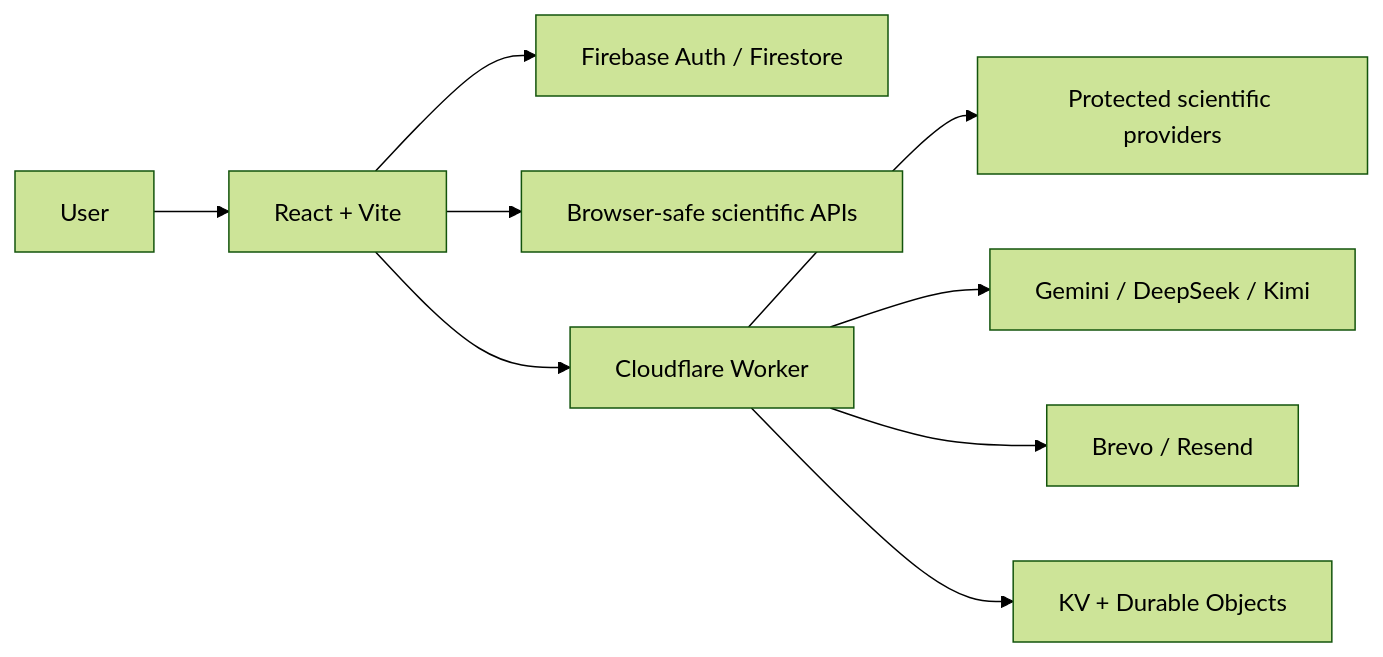
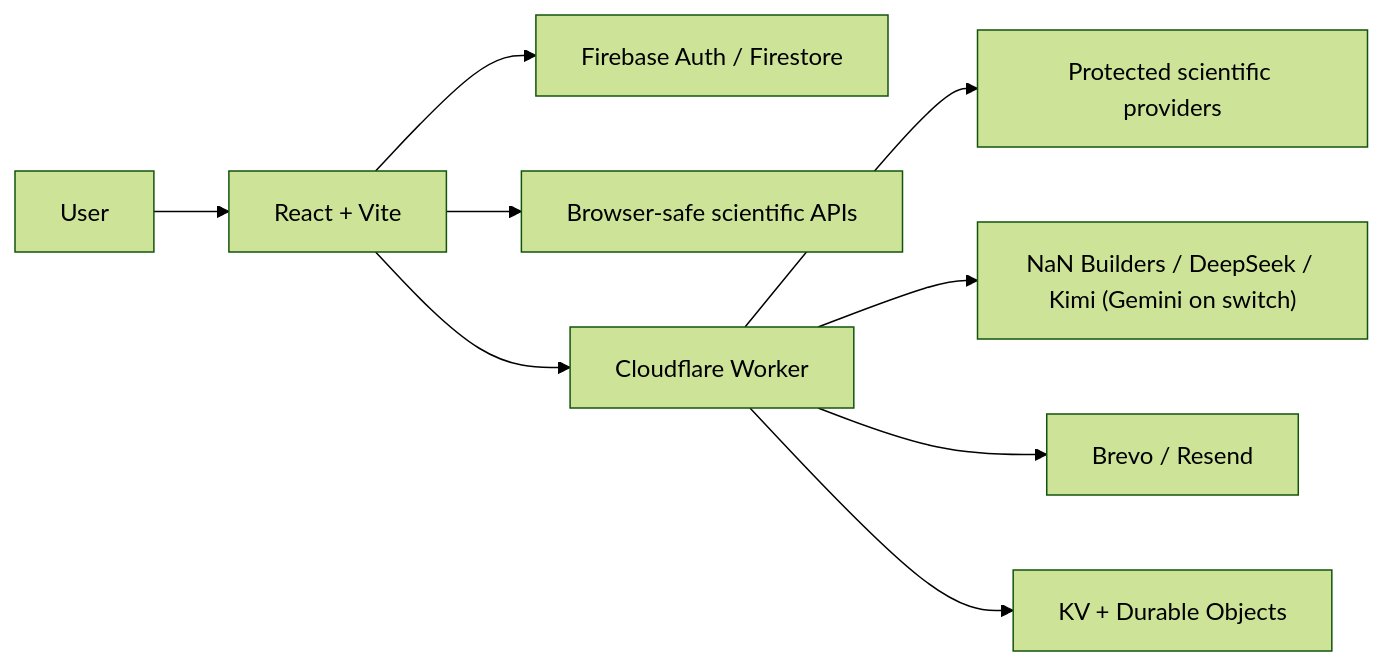
The first of 2 diagrams in docs/ARCHITECTURE.md (mugar123/papertok), drawn with Mermaid (forest theme) before and after one commit. The commit also changed other lines of this file and 16 other files, not shown here.

````diff
--- a/docs/ARCHITECTURE.md
+++ b/docs/ARCHITECTURE.md
@@ -8,11 +8,11 @@
 ```mermaid
 flowchart LR
     U["User"] --> UI["React + Vite"]
     UI --> F["Firebase Auth / Firestore"]
     UI --> S["Browser-safe scientific APIs"]
     UI --> W["Cloudflare Worker"]
     W --> P["Protected scientific providers"]
-    W --> AI["Gemini / DeepSeek / Kimi"]
+    W --> AI["NaN Builders / DeepSeek / Kimi (Gemini on switch)"]
     W --> E["Brevo / Resend"]
     W --> KV["KV + Durable Objects"]
 ```
````
